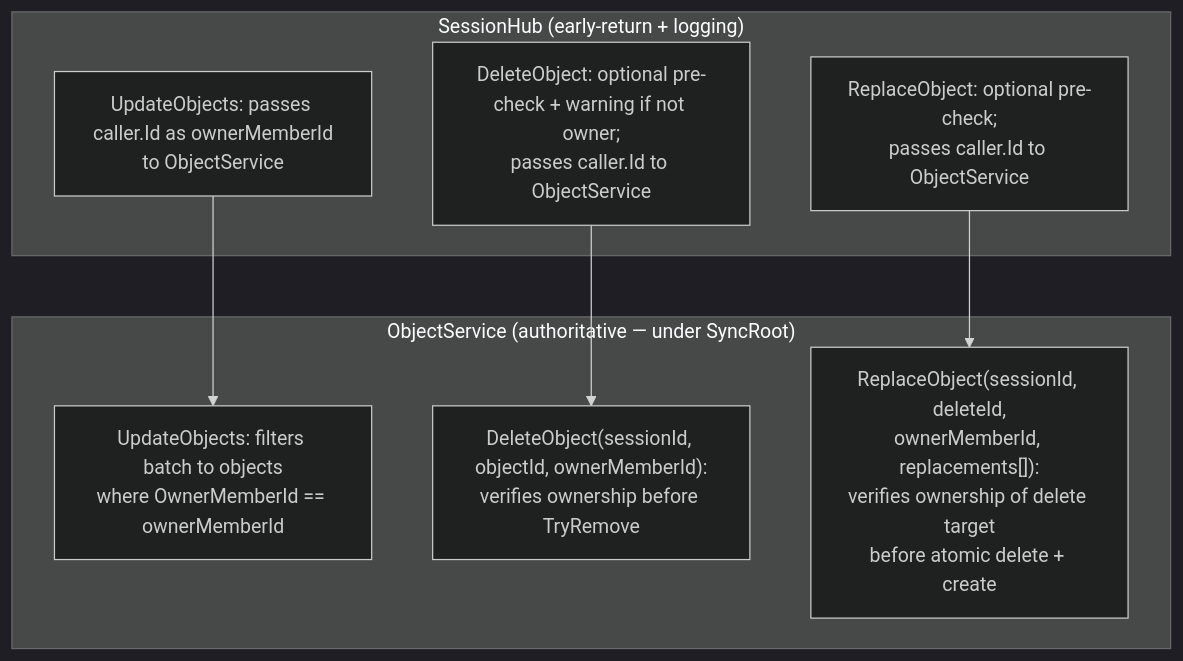
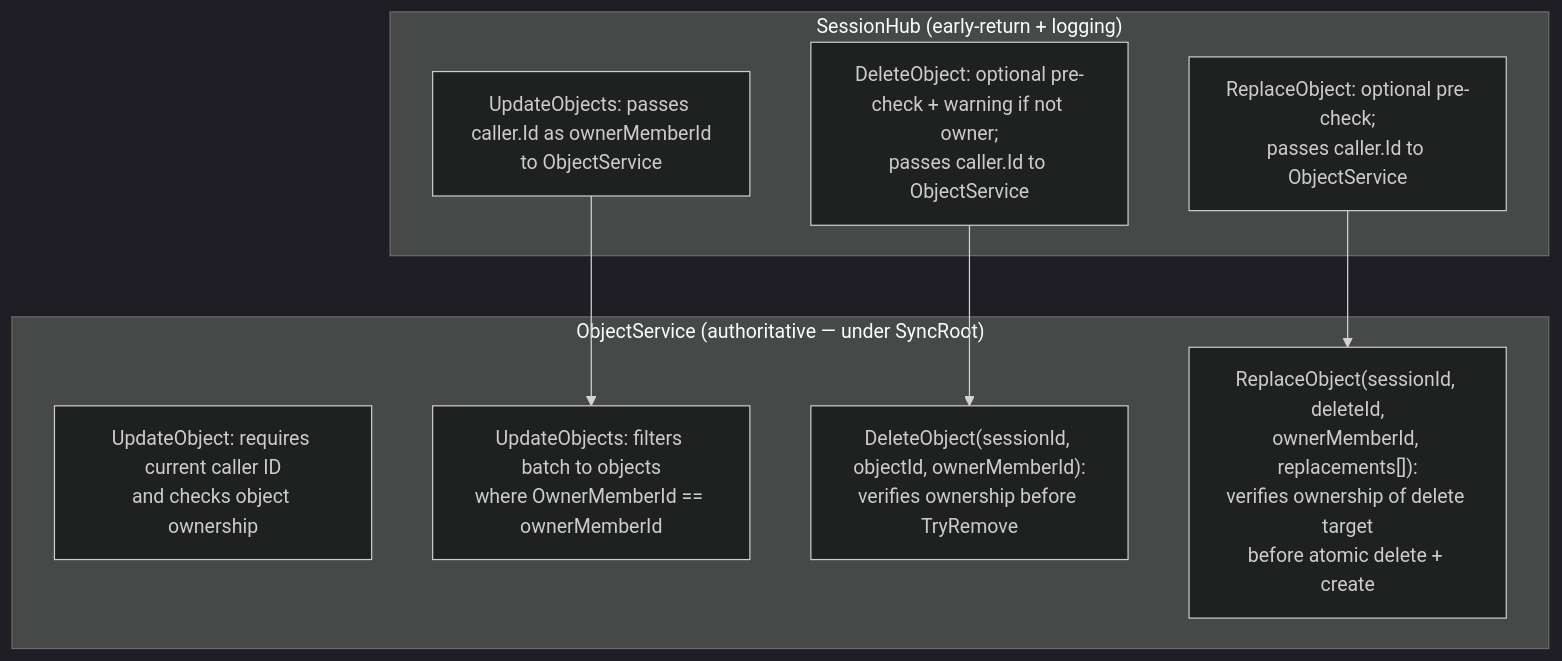
Before and after one commit to badvoidstar/astervoids: diagram 33 of 36 in ARCHITECTURE.md, drawn with Mermaid (dark theme). The commit also changed other lines of this file and 41 other files, not shown here.

````diff
--- a/ARCHITECTURE.md
+++ b/ARCHITECTURE.md
@@ -1685,18 +1751,19 @@
 ```mermaid
 flowchart TB
     subgraph "ObjectService (authoritative — under SyncRoot)"
+        OS_SINGLE["UpdateObject: requires current caller ID<br/>and checks object ownership"]
         OS_UPD["UpdateObjects: filters batch to objects<br/>where OwnerMemberId == ownerMemberId"]
         OS_DEL["DeleteObject(sessionId, objectId, ownerMemberId):<br/>verifies ownership before TryRemove"]
         OS_REP["ReplaceObject(sessionId, deleteId,<br/>ownerMemberId, replacements[]):<br/>verifies ownership of delete target<br/>before atomic delete + create"]
     end
 
     subgraph "SessionHub (early-return + logging)"
         HUB_UPD["UpdateObjects: passes caller.Id as ownerMemberId<br/>to ObjectService"]
         HUB_DEL["DeleteObject: optional pre-check + warning if not owner;<br/>passes caller.Id to ObjectService"]
         HUB_REP["ReplaceObject: optional pre-check;<br/>passes caller.Id to ObjectService"]
     end
 
     HUB_UPD --> OS_UPD
     HUB_DEL --> OS_DEL
     HUB_REP --> OS_REP
 ```
````
